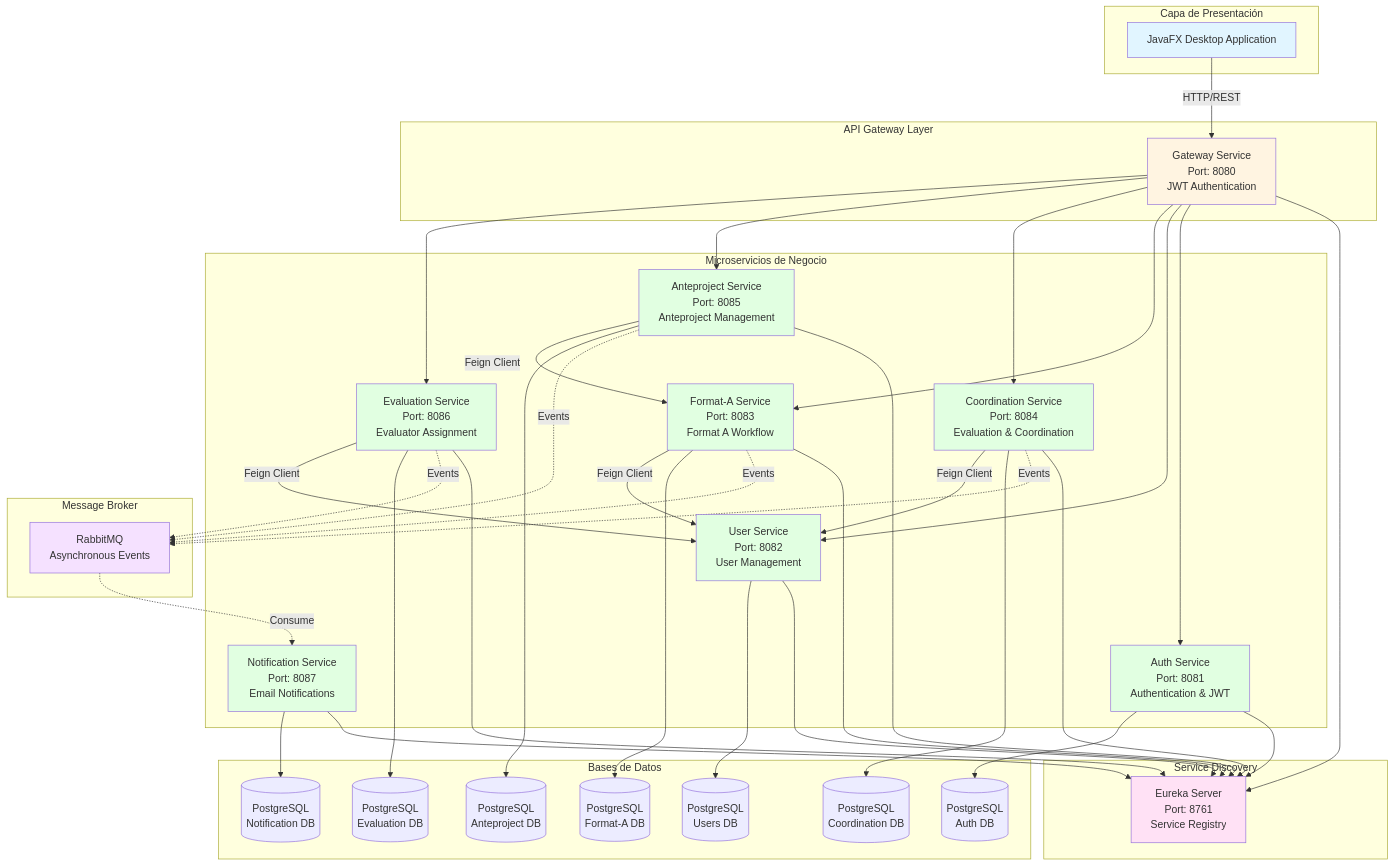
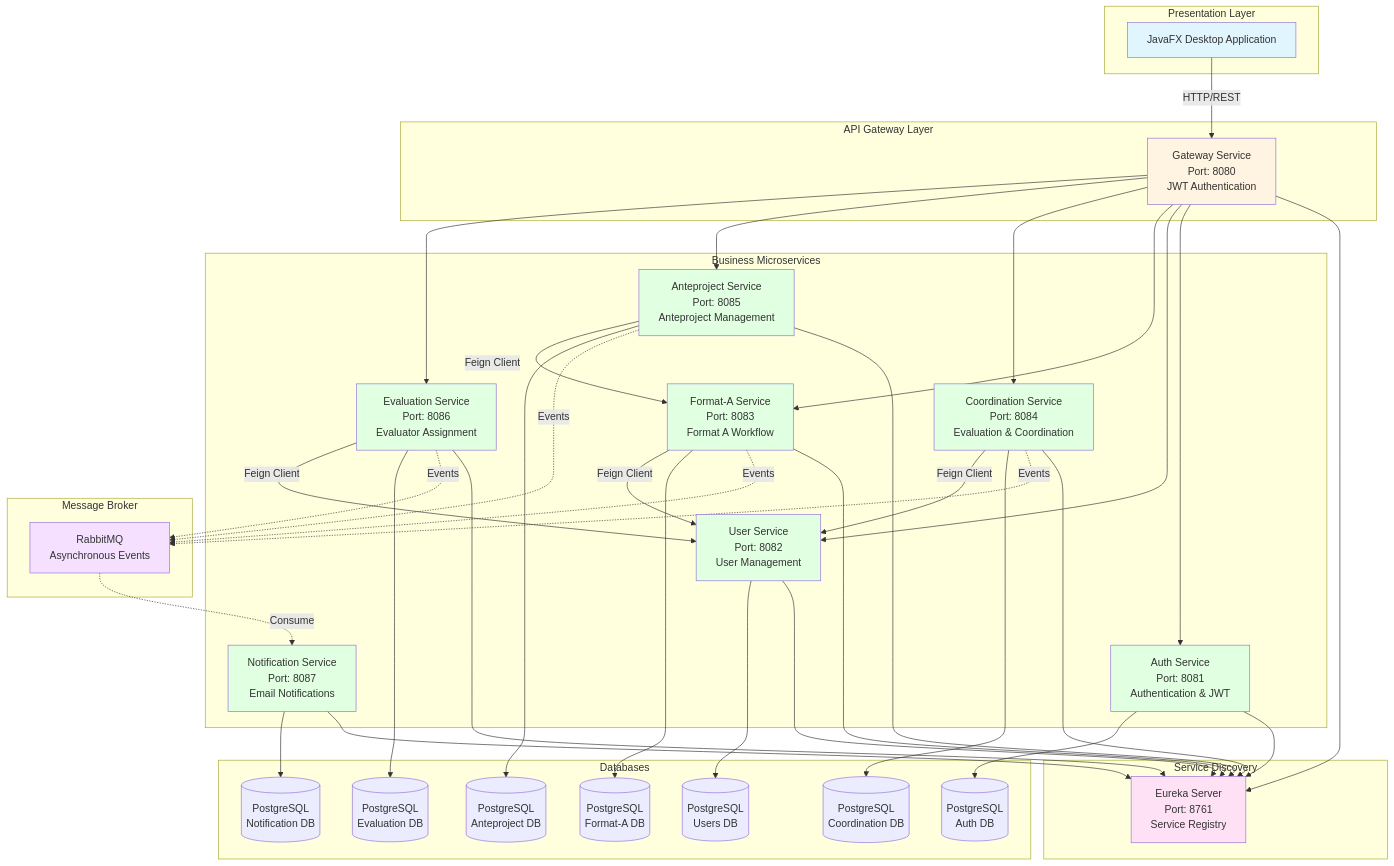
The diagram in README.md (Julianste15/ProcessManagement), drawn with Mermaid before and after one commit. The commit also changed other lines of this file and 11 other files, not shown here.

````diff
--- a/README.md
+++ b/README.md
@@ -70,6 +70,6 @@
 ```mermaid
 graph TB
-    subgraph "Capa de Presentación"
+    subgraph "Presentation Layer"
         UI[JavaFX Desktop Application]
     end
     
@@ -81,7 +81,7 @@
         EUREKA[Eureka Server<br/>Port: 8761<br/>Service Registry]
     end
     
-    subgraph "Microservicios de Negocio"
+    subgraph "Business Microservices"
         AUTH[Auth Service<br/>Port: 8081<br/>Authentication & JWT]
         USER[User Service<br/>Port: 8082<br/>User Management]
         FORMATA[Format-A Service<br/>Port: 8083<br/>Format A Workflow]
@@ -95,7 +95,7 @@
         RABBIT[RabbitMQ<br/>Asynchronous Events]
     end
     
-    subgraph "Bases de Datos"
+    subgraph "Databases"
         DB1[(PostgreSQL<br/>Auth DB)]
         DB2[(PostgreSQL<br/>Users DB)]
         DB3[(PostgreSQL<br/>Format-A DB)]
````
